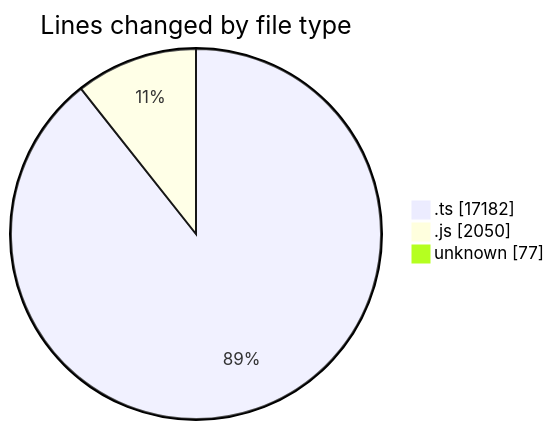
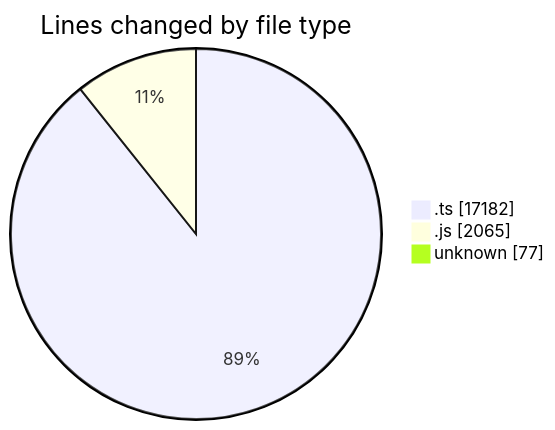
Before and after one commit to momahboobian/code-tracking: the first of 2 diagrams in 2026-02-03/cda/README.md, drawn with Mermaid. The commit also changed other lines of this file and 1 other file, not shown here.

````diff
--- a/2026-02-03/cda/README.md
+++ b/2026-02-03/cda/README.md
@@ -28,7 +28,7 @@
 ```mermaid
 pie showData
 title Lines changed by file type
 ".ts" : 17182
-".js" : 2050
+".js" : 2065
 "unknown" : 77
 ```
````
